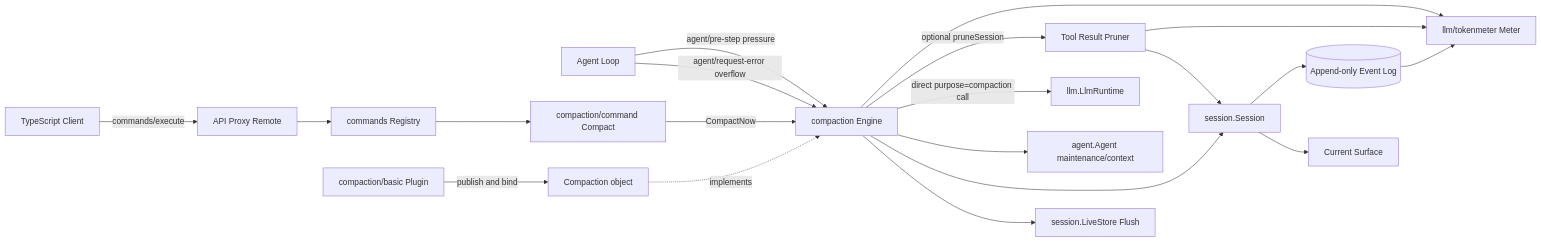
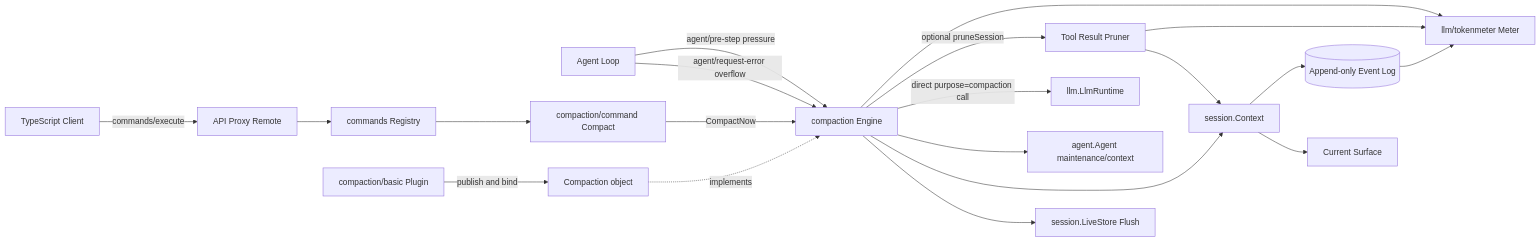
One commit to gorenx/goren changed the first of 6 diagrams in zh-CN/24-context-compaction.md. Above: the diagram before and after it, drawn with Mermaid. The commit also changed other lines of this file and 20 other files, not shown here.

Commit message:
docs(session): document coordinated write architecture

````diff
--- a/zh-CN/24-context-compaction.md
+++ b/zh-CN/24-context-compaction.md
@@ -58,24 +58,24 @@
 ```mermaid
 flowchart LR
     AL[Agent Loop] -->|agent/pre-step pressure| CE[compaction Engine]
     AL -->|agent/request-error overflow| CE
     CLIENT[TypeScript Client] -->|commands/execute| API[API Proxy Remote]
     API --> CMD[commands Registry]
     CMD --> CC[compaction/command Compact]
     CC -->|CompactNow| CE
 
     CE --> TM[llm/tokenmeter Meter]
     CE -->|optional pruneSession| PR[Tool Result Pruner]
     CE -->|direct purpose=compaction call| LLM[llm.LlmRuntime]
     CE --> AG[agent.Agent maintenance/context]
-    CE --> S[session.Session]
+    CE --> S[session.Context]
     CE --> LS[session.LiveStore Flush]
     PR --> TM
     PR --> S
 
     BP[compaction/basic Plugin] -->|publish and bind| BASIC[Compaction object]
     BASIC -. implements .-> CE
     S --> LOG[(Append-only Event Log)]
     S --> SURF[Current Surface]
     LOG --> TM
 ```
````
